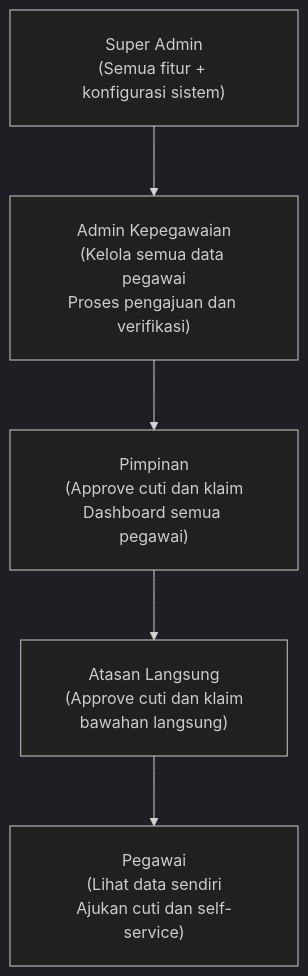
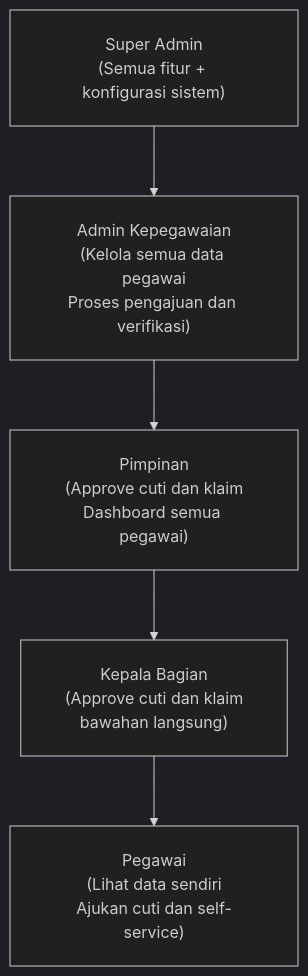
One commit to Diyoncrz18/simpeg-diagram-lldikti changed the ninth of 10 diagrams in SIMPEG-v0.4-diagrams-extracted/SIMPEG-v0.4-diagrams.md. Above: the diagram before and after it, drawn with Mermaid. The commit also changed other lines of this file and 27 other files, not shown here.

````diff
--- a/SIMPEG-v0.4-diagrams-extracted/SIMPEG-v0.4-diagrams.md
+++ b/SIMPEG-v0.4-diagrams-extracted/SIMPEG-v0.4-diagrams.md
@@ -216,9 +216,9 @@
 ```mermaid
 %%{init:{"flowchart":{"nodeSpacing":60,"rankSpacing":70,"padding":22},"theme":"dark"}}%%
 flowchart TD
     SA["Super Admin\n(Semua fitur + konfigurasi sistem)"] --> AK
     AK["Admin Kepegawaian\n(Kelola semua data pegawai\nProses pengajuan dan verifikasi)"] --> PM
     PM["Pimpinan\n(Approve cuti dan klaim\nDashboard semua pegawai)"] --> AL
-    AL["Atasan Langsung\n(Approve cuti dan klaim\nbawahan langsung)"] --> PG
+    AL["Kepala Bagian\n(Approve cuti dan klaim\nbawahan langsung)"] --> PG
     PG["Pegawai\n(Lihat data sendiri\nAjukan cuti dan self-service)"]
 ```
````
